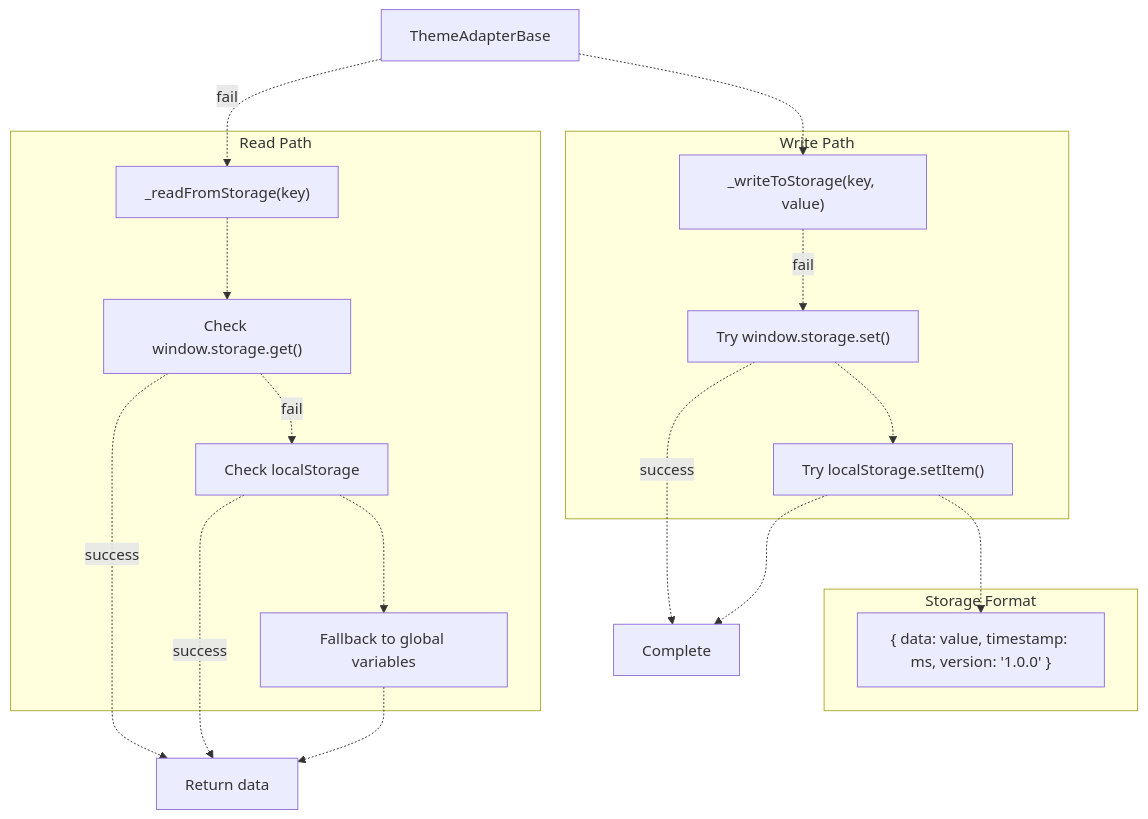
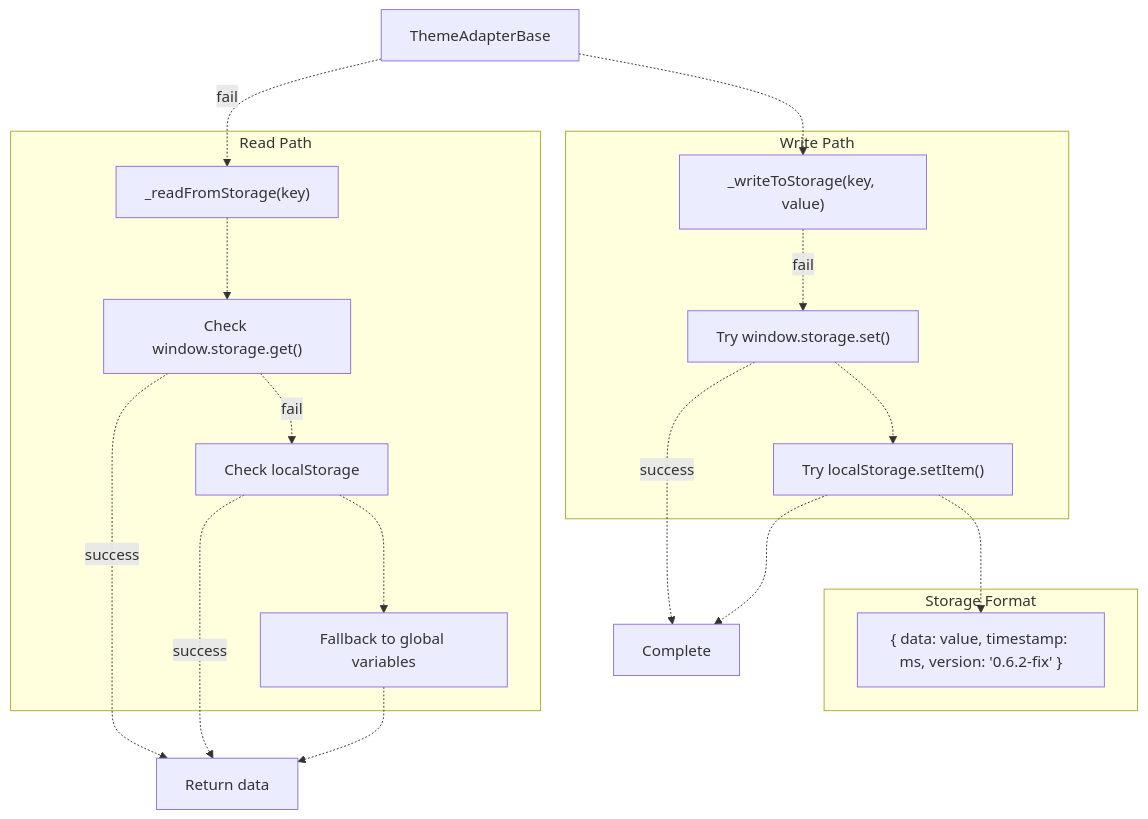
Before and after one commit to sallowayma-git/IELTS-practice: the second of 9 diagrams in developer/doc/Wiki/ThemeAdapterBase-&-Data-Access.md, drawn with Mermaid. The commit also changed 32 other files, not shown here.

````diff
--- a/developer/doc/Wiki/ThemeAdapterBase-&-Data-Access.md
+++ b/developer/doc/Wiki/ThemeAdapterBase-&-Data-Access.md
@@ -175,46 +175,46 @@
 ```mermaid
 flowchart TD
 
 Adapter["ThemeAdapterBase"]
 ReadReq["_readFromStorage(key)"]
 CheckWindowStorage["Check window.storage.get()"]
 CheckLocalStorage["Check localStorage"]
 FallbackGlobal["Fallback to global variables"]
 WriteReq["_writeToStorage(key, value)"]
 TryWindowStorage["Try window.storage.set()"]
 TryLocalStorage["Try localStorage.setItem()"]
-Format["{ data: value, timestamp: ms, version: '1.0.0' }"]
+Format["{ data: value, timestamp: ms, version: '0.6.2-fix' }"]
 Return["Return data"]
 Done["Complete"]
 
 Adapter -.->|"fail"| ReadReq
 Adapter -.-> WriteReq
 CheckWindowStorage -.->|"success"| Return
 CheckLocalStorage -.->|"success"| Return
 FallbackGlobal -.-> Return
 TryWindowStorage -.->|"success"| Done
 TryLocalStorage -.-> Done
 TryLocalStorage -.-> Format
 
 subgraph subGraph2 ["Storage Format"]
     Format
 end
 
 subgraph subGraph1 ["Write Path"]
     WriteReq
     TryWindowStorage
     TryLocalStorage
     WriteReq -.->|"fail"| TryWindowStorage
     TryWindowStorage -.-> TryLocalStorage
 end
 
 subgraph subGraph0 ["Read Path"]
     ReadReq
     CheckWindowStorage
     CheckLocalStorage
     FallbackGlobal
     ReadReq -.-> CheckWindowStorage
     CheckWindowStorage -.->|"fail"| CheckLocalStorage
     CheckLocalStorage -.-> FallbackGlobal
 end
 ```
````
